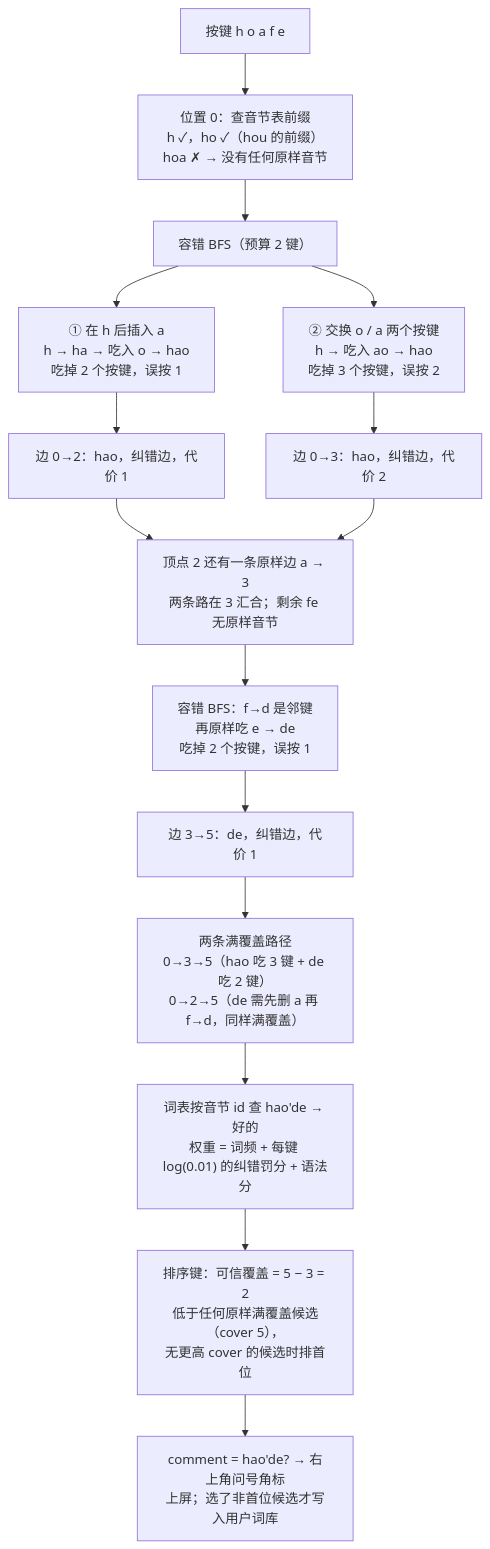
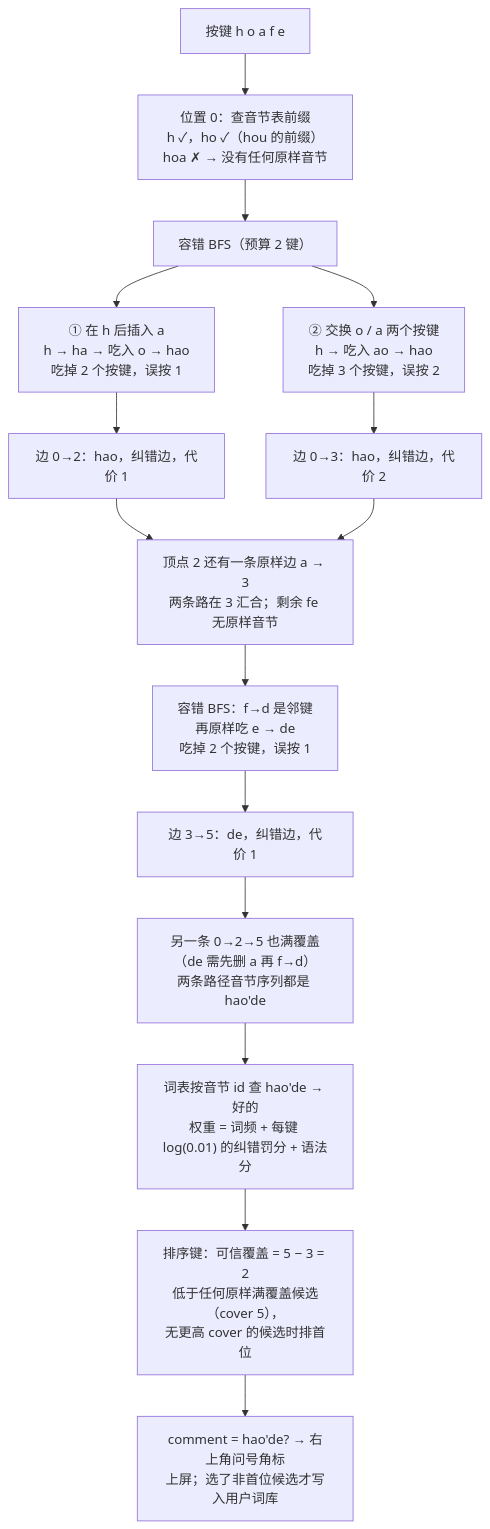
One commit to charent/WhaleIME changed the third of 3 diagrams in README.md. Above: the diagram before and after it, drawn with Mermaid. The commit also changed other lines of this file, not shown here.

````diff
--- a/README.md
+++ b/README.md
@@ -197,17 +158,17 @@
 ```mermaid
-flowchart TD
+flowchart TB
     A["按键 h o a f e"] --> B["位置 0：查音节表前缀<br/>h ✓，ho ✓（hou 的前缀）<br/>hoa ✗ → 没有任何原样音节"]
     B --> C["容错 BFS（预算 2 键）"]
     C --> C1["① 在 h 后插入 a<br/>h → ha → 吃入 o → hao<br/>吃掉 2 个按键，误按 1"]
     C --> C2["② 交换 o / a 两个按键<br/>h → 吃入 ao → hao<br/>吃掉 3 个按键，误按 2"]
     C1 --> E1["边 0→2：hao，纠错边，代价 1"]
     C2 --> E2["边 0→3：hao，纠错边，代价 2"]
     E1 --> G["顶点 2 还有一条原样边 a → 3<br/>两条路在 3 汇合；剩余 fe 无原样音节"]
     E2 --> G
     G --> G1["容错 BFS：f→d 是邻键<br/>再原样吃 e → de<br/>吃掉 2 个按键，误按 1"]
     G1 --> E3["边 3→5：de，纠错边，代价 1"]
-    E3 --> S["两条满覆盖路径<br/>0→3→5（hao 吃 3 键 + de 吃 2 键）<br/>0→2→5（de 需先删 a 再 f→d，同样满覆盖）"]
+    E3 --> S["另一条 0→2→5 也满覆盖<br/>（de 需先删 a 再 f→d）<br/>两条路径音节序列都是 hao'de"]
     S --> Q["词表按音节 id 查 hao'de → 好的<br/>权重 = 词频 + 每键 log(0.01) 的纠错罚分 + 语法分"]
     Q --> R["排序键：可信覆盖 = 5 − 3 = 2<br/>低于任何原样满覆盖候选（cover 5），<br/>无更高 cover 的候选时排首位"]
     R --> T["comment = hao'de? → 右上角问号角标<br/>上屏；选了非首位候选才写入用户词库"]
 ```
````
